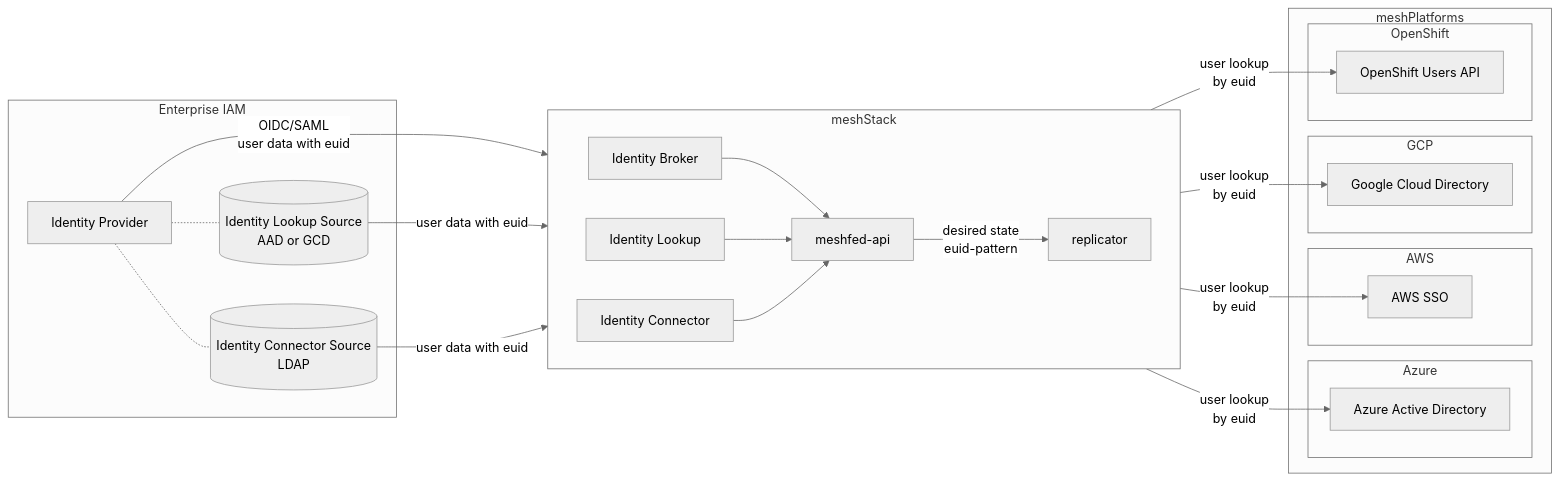
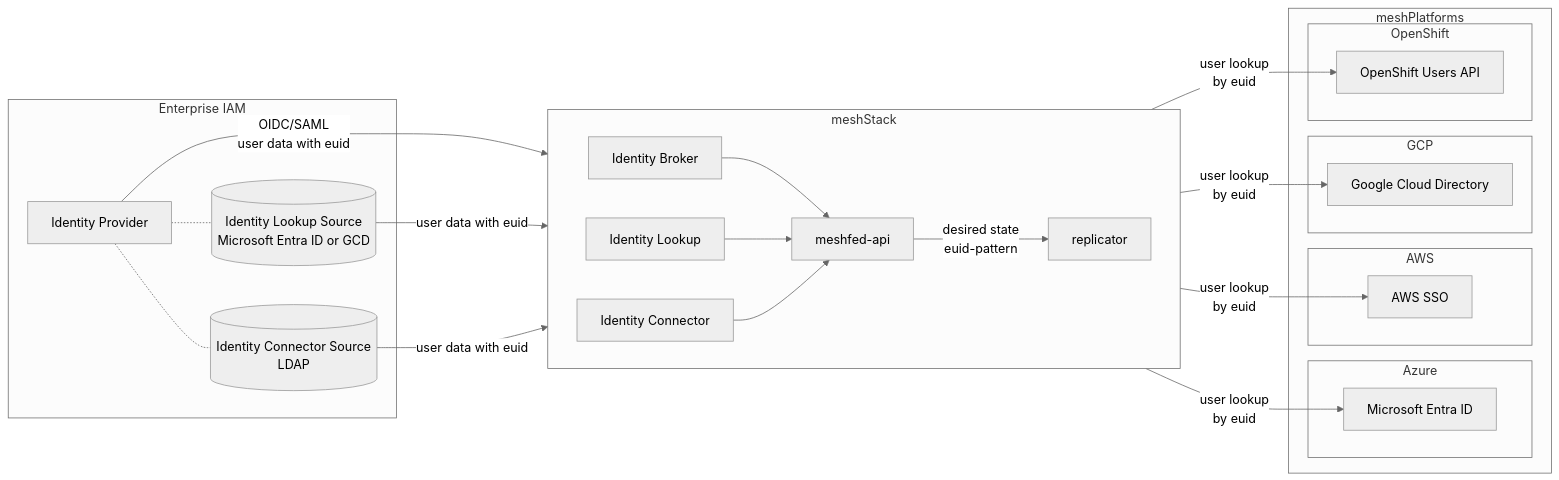
Before and after one commit to meshcloud/meshcloud-docs: the fourth of 4 diagrams in docs/concepts/identity-and-access-management.md, drawn with Mermaid (neutral theme). The commit also changed other lines of this file and 12 other files, not shown here.

First line of the commit message:
docs: Replace AAD/Azure AD with Microsoft Entra ID

````diff
--- a/docs/concepts/identity-and-access-management.md
+++ b/docs/concepts/identity-and-access-management.md
@@ -159,44 +159,44 @@
 ```mermaid
 graph LR;
     subgraph Enterprise IAM
       IdP["Identity Provider"];
-      IdLSource[(Identity Lookup Source<br>AAD or GCD)]
+      IdLSource[(Identity Lookup Source<br>Microsoft Entra ID or GCD)]
       IdCSource[(Identity Connector Source<br>LDAP)]
       IdP["Identity Provider"]-.-IdLSource
       IdP["Identity Provider"]-.-IdCSource
     end
     subgraph meshStack
       direction LR;
       IdB["Identity Broker"]-->meshfed;
       IdL["Identity Lookup"]-->meshfed;
       IdC["Identity Connector"]-->meshfed;
       meshfed[meshfed-api]--desired state<br>euid-pattern-->replicator;
       replicator[replicator];
     end
     IdP--OIDC/SAML<br>user data with euid-->IdB
     IdLSource--user data with euid-->IdL
     IdCSource--user data with euid-->IdC
     subgraph Azure
-      aad["Azure Active Directory"];
+      aad["Microsoft Entra ID"];
     end
     subgraph AWS
       awssso["AWS SSO"];
     end
     subgraph GCP
       gcd["Google Cloud Directory"];
     end
     subgraph OpenShift
       openshift["OpenShift Users API"];
     end
     subgraph meshPlatforms
       Azure;
       AWS;
       GCP;
       GCP;
       OpenShift;
     end
     replicator--user lookup<br>by euid-->aad;
     replicator--user lookup<br>by euid-->awssso;
     replicator--user lookup<br>by euid-->gcd;
     replicator--user lookup<br>by euid-->openshift;
 ```
````
